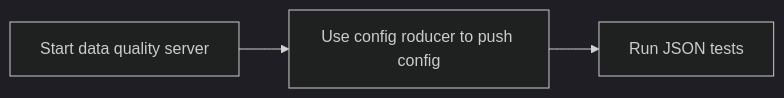
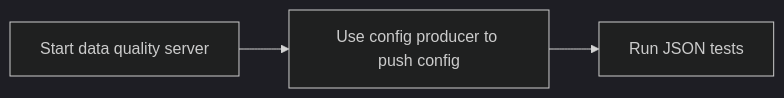
Before and after one commit to digitaldanieldev/data-quality-check: the diagram in README.md, drawn with Mermaid (dark theme). The commit also changed other lines of this file, not shown here.

````diff
--- a/README.md
+++ b/README.md
@@ -9,5 +9,6 @@
 ```mermaid
 graph LR
-    A[Start data quality server] --> B[Use config roducer to push config]
+    A[Start data quality server] --> B[Use config producer to push config]
     B --> C[Run JSON tests]
+
 ```
````
